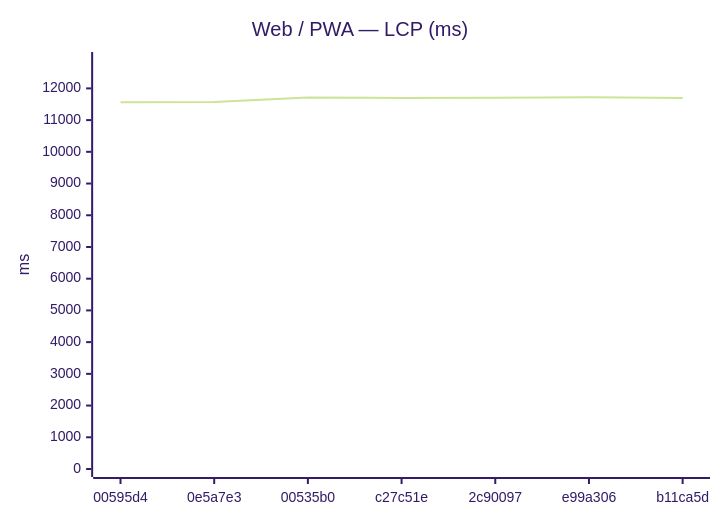
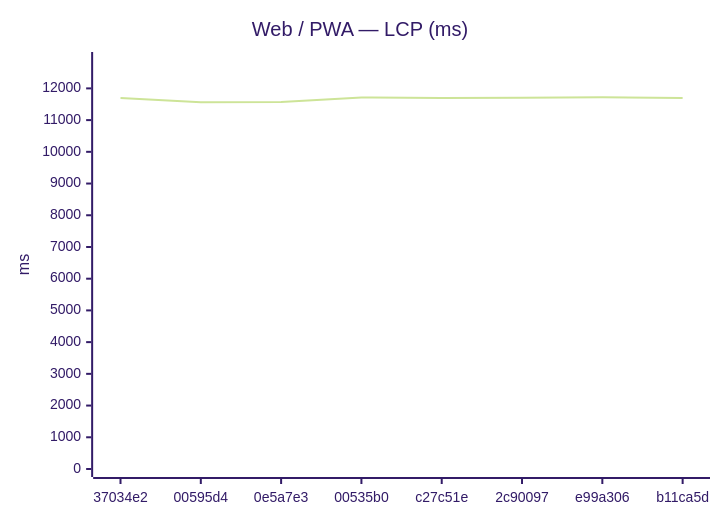
Before and after one commit to Metaheurist/Rianell: the first of 24 diagrams in benchmarks/compare.md, drawn with Mermaid (forest theme). The commit also changed other lines of this file and 12 other files, not shown here.

````diff
--- a/benchmarks/compare.md
+++ b/benchmarks/compare.md
@@ -21,7 +22,7 @@
 ```mermaid
 xychart-beta
     title "Web / PWA — LCP (ms)"
-    x-axis ["00595d4", "0e5a7e3", "00535b0", "c27c51e", "2c90097", "e99a306", "b11ca5d"]
+    x-axis ["37034e2", "00595d4", "0e5a7e3", "00535b0", "c27c51e", "2c90097", "e99a306", "b11ca5d"]
     y-axis "ms" 0 --> 12895
-    line [11566, 11571, 11711, 11699, 11703, 11722, 11697]
+    line [11698, 11566, 11571, 11711, 11699, 11703, 11722, 11697]
 ```
````
